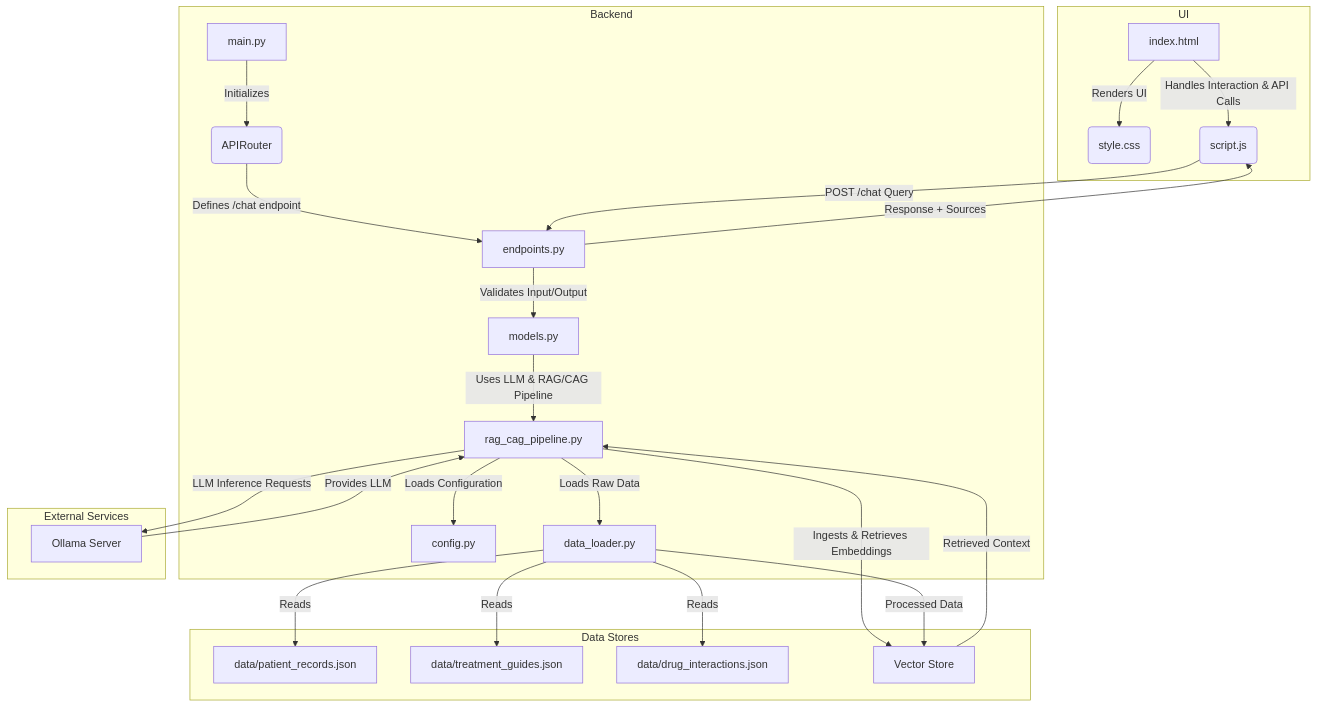
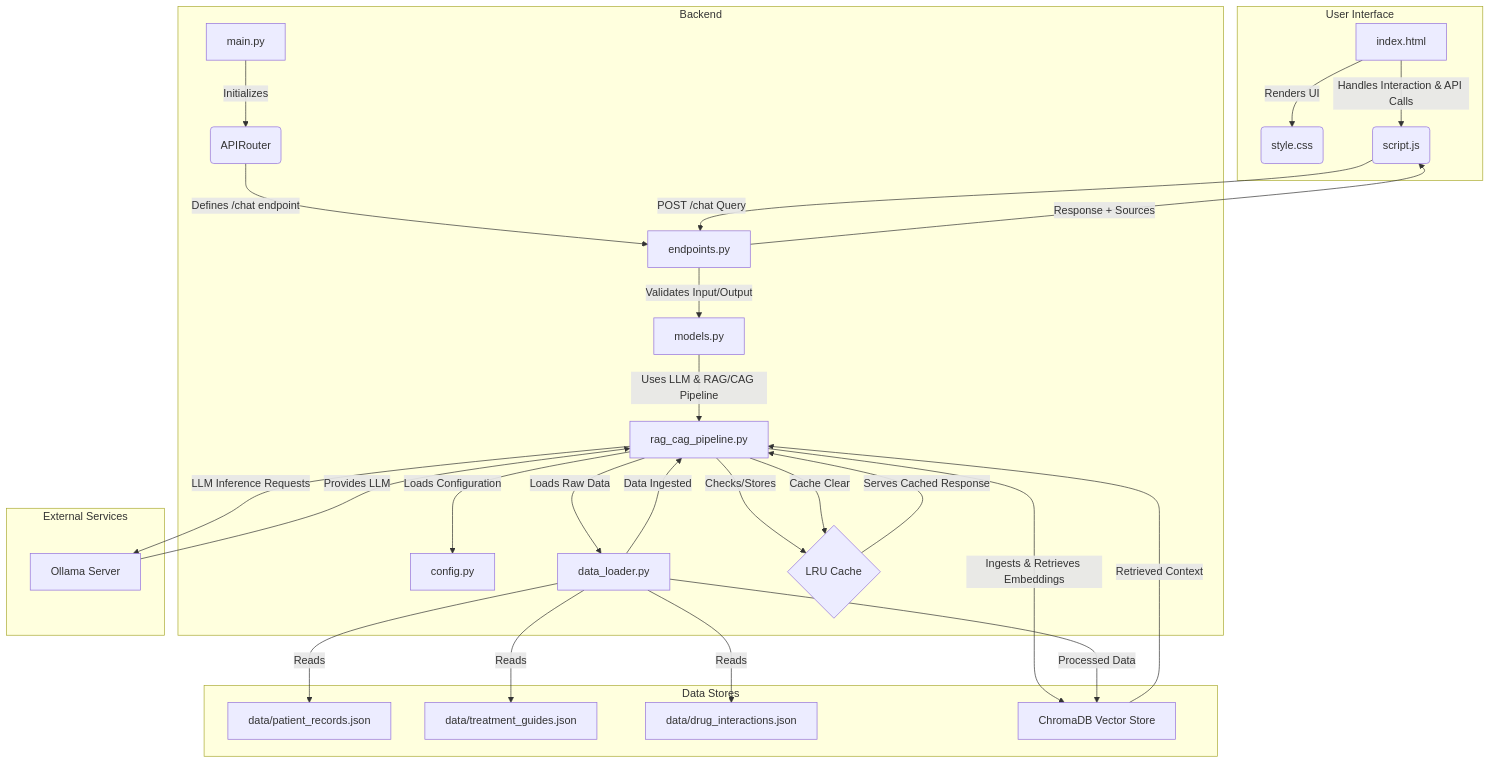
Before and after one commit to vidishsirdesai/ai_augmented_healthcare_assistant: the diagram in README.md, drawn with Mermaid. The commit also changed other lines of this file, not shown here.

````diff
--- a/README.md
+++ b/README.md
@@ -3,52 +3,58 @@
 ```mermaid
 graph TD
-    subgraph UI
+    subgraph User Interface
         A[index.html]
         B(style.css)
         C(script.js)
         A -- Renders UI --> B
         A -- Handles Interaction & API Calls --> C
     end
 
     subgraph Backend
         D[main.py]
         E(APIRouter)
         F[endpoints.py]
         G[models.py]
         H[rag_cag_pipeline.py]
         I[config.py]
         J[data_loader.py]
+        P{LRU Cache}
 
         D -- Initializes --> E
         E -- Defines /chat endpoint --> F
         F -- Validates Input/Output --> G
         G -- Uses LLM & RAG/CAG Pipeline --> H
         H -- Loads Configuration --> I
         H -- Loads Raw Data --> J
+
+        H -- Checks/Stores --> P
+        P -- Serves Cached Response --> H
+        J -- "Data Ingested" --> H
+        H -- "Cache Clear" --> P
     end
 
     subgraph External Services
         K[Ollama Server]
         K -- Provides LLM --> H
     end
 
     subgraph Data Stores
         L[data/patient_records.json]
         M[data/treatment_guides.json]
         N[data/drug_interactions.json]
-        O[Vector Store]
+        O[ChromaDB Vector Store]
 
         J -- Reads --> L
         J -- Reads --> M
         J -- Reads --> N
         H -- Ingests & Retrieves Embeddings --> O
     end
 
     C -- "POST /chat Query" --> F
     F -- "Response + Sources" --> C
 
     H -- "LLM Inference Requests" --> K
     O -- "Retrieved Context" --> H
 
     J -- "Processed Data" --> O
 ```
````
